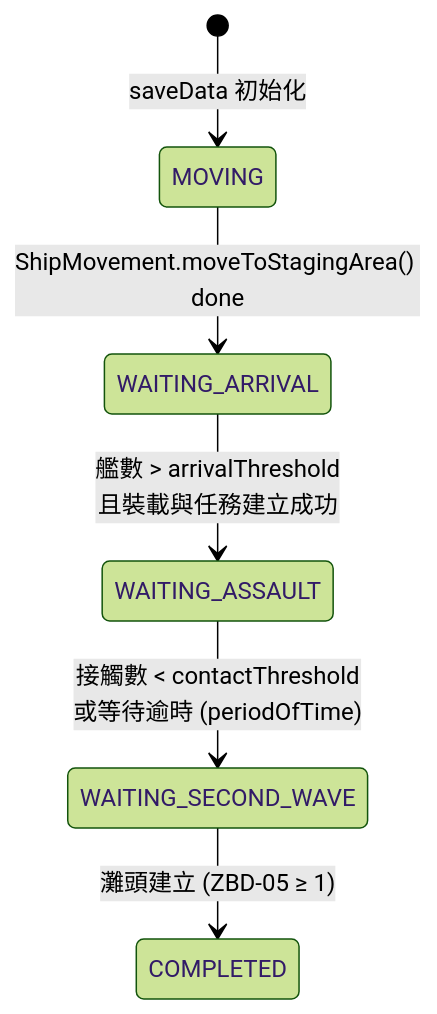
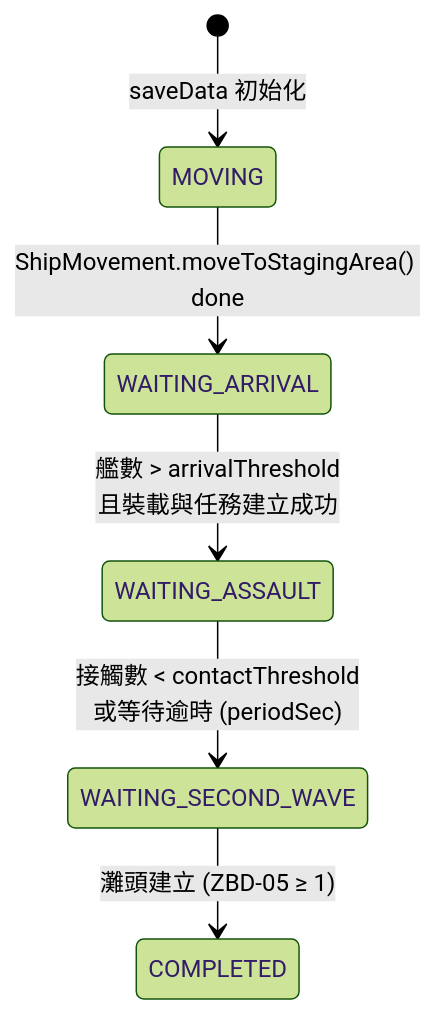
The second of 4 diagrams in docs/landingOps/coordinator.md (pullupjumper/formosa-in-flames), drawn with Mermaid (forest theme) before and after one commit. The commit also changed other lines of this file and 67 other files, not shown here.

````diff
--- a/docs/landingOps/coordinator.md
+++ b/docs/landingOps/coordinator.md
@@ -42,8 +42,8 @@
 ```mermaid
 stateDiagram-v2
     [*] --> MOVING: saveData 初始化
     MOVING --> WAITING_ARRIVAL: ShipMovement.moveToStagingArea() done
     WAITING_ARRIVAL --> WAITING_ASSAULT: 艦數 > arrivalThreshold<br>且裝載與任務建立成功
-    WAITING_ASSAULT --> WAITING_SECOND_WAVE: 接觸數 < contactThreshold<br>或等待逾時 (periodOfTime)
+    WAITING_ASSAULT --> WAITING_SECOND_WAVE: 接觸數 < contactThreshold<br>或等待逾時 (periodSec)
     WAITING_SECOND_WAVE --> COMPLETED: 灘頭建立 (ZBD-05 ≥ 1)
 ```
````
